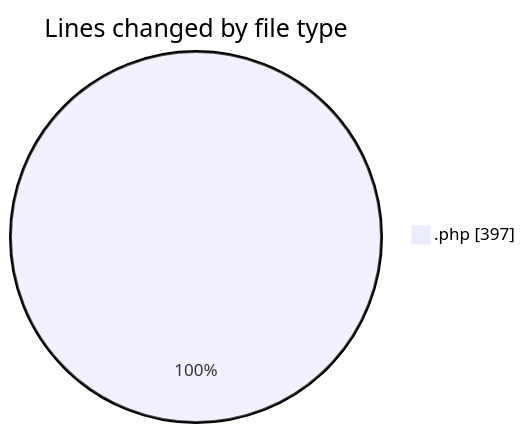
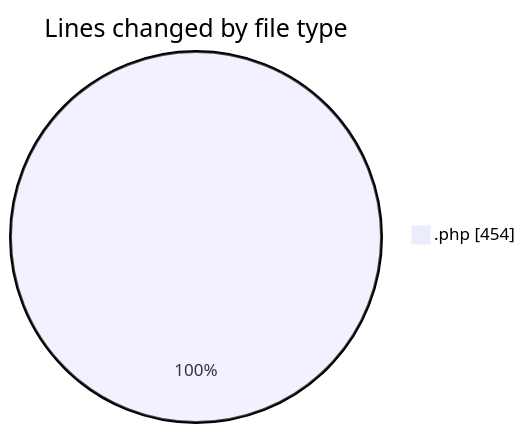
Before and after one commit to LanceThiago/code-tracking: the first of 2 diagrams in 2026-08-25/jogo/README.md, drawn with Mermaid. The commit also changed other lines of this file and 1 other file, not shown here.

````diff
--- a/2026-08-25/jogo/README.md
+++ b/2026-08-25/jogo/README.md
@@ -21,5 +21,5 @@
 ```mermaid
 pie showData
 title Lines changed by file type
-".php" : 397
+".php" : 454
 ```
````
